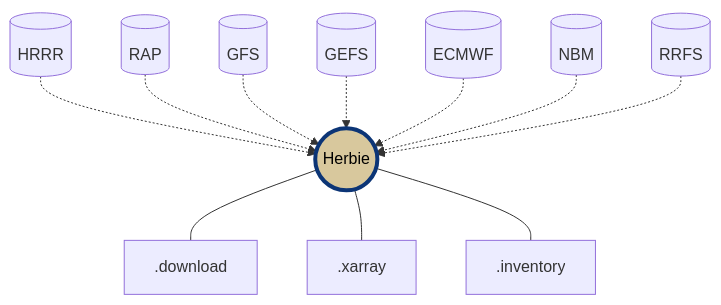
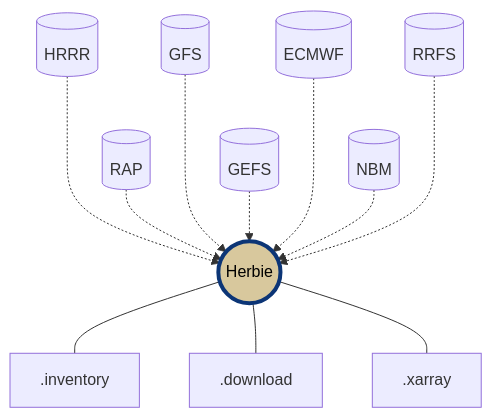
The diagram in README.md (blaylockbk/Herbie), drawn with Mermaid before and after one commit. The commit also changed other lines of this file and 1 other file, not shown here.

````diff
--- a/README.md
+++ b/README.md
@@ -97,16 +97,16 @@
 ```mermaid
   graph TD;
-      d1[(HRRR)] -.-> H
+      d1[(HRRR)] -..-> H
       d2[(RAP)] -.-> H
-      d3[(GFS)] -.-> H
+      d3[(GFS)] -..-> H
       d33[(GEFS)] -.-> H
-      d4[(ECMWF)] -.-> H
+      d4[(ECMWF)] -..-> H
       d5[(NBM)] -.-> H
-      d6[(RRFS)] -.-> H
+      d6[(RRFS)] -..-> H
       H((Herbie))
+      H --- .inventory
       H --- .download
       H --- .xarray
-      H --- .inventory
 
       style H fill:#d8c89d,stroke:#0c3576,stroke-width:4px,color:#000000
 ```
````
